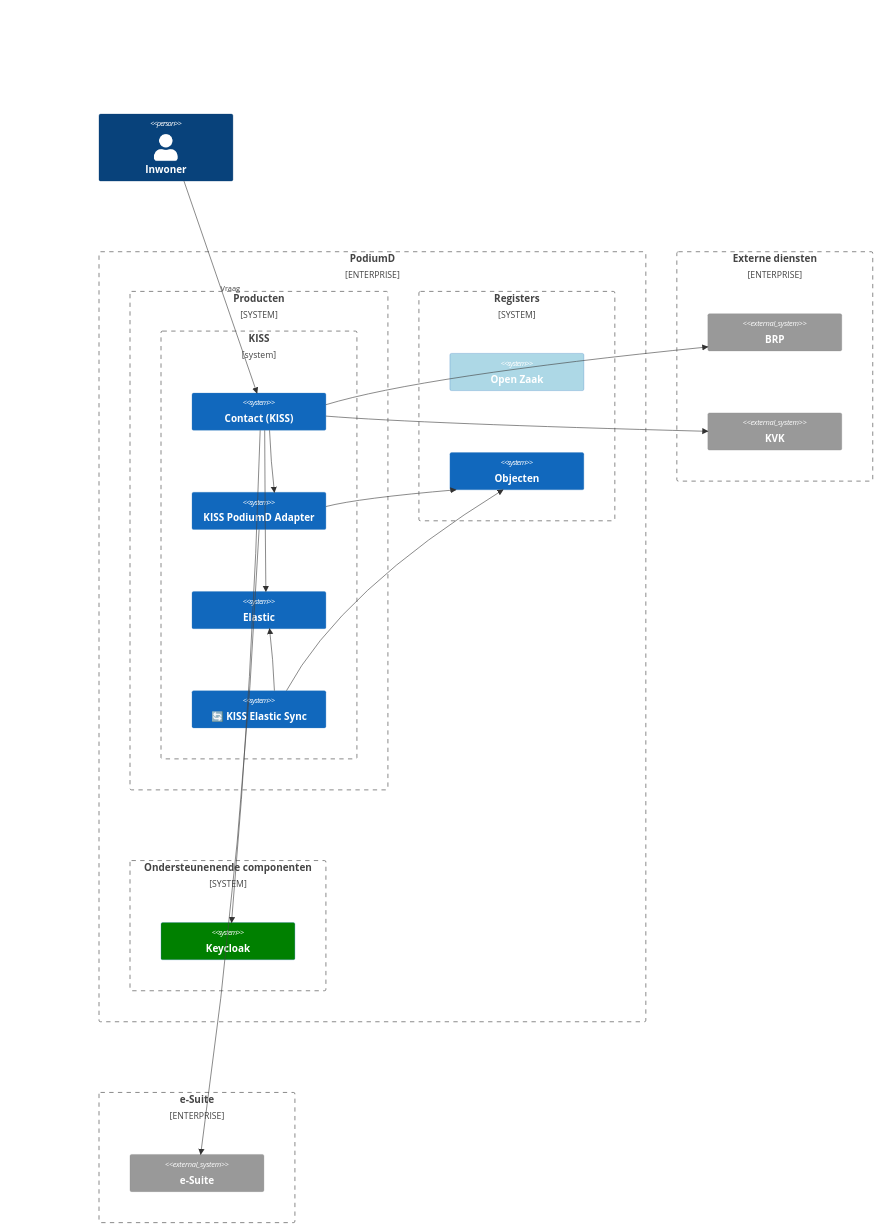
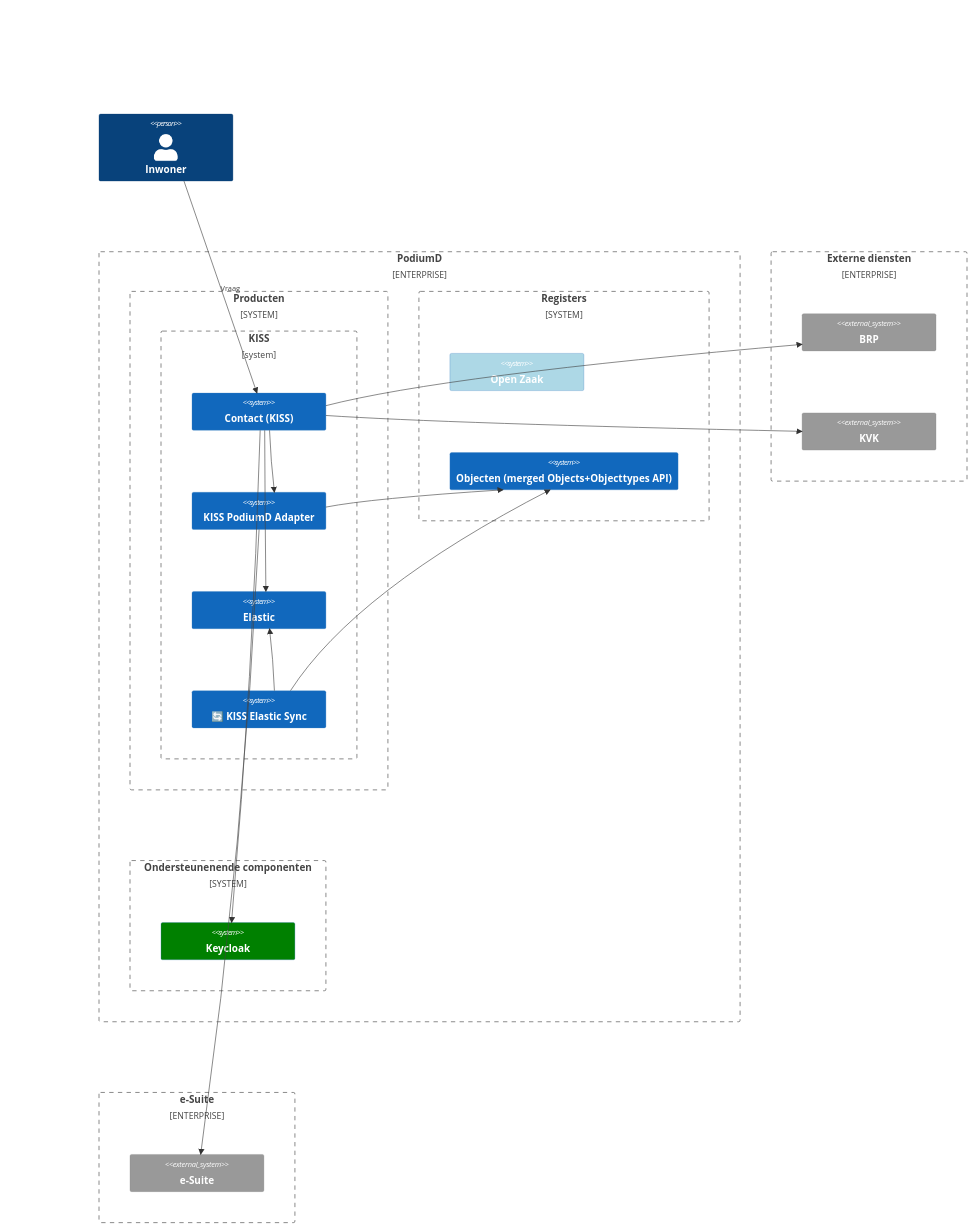
Before and after one commit to Dimpact-Samenwerking/helm-charts: the diagram in charts/podiumd/docs/architecture/contact.md, drawn with Mermaid. The commit also changed 257 other files, not shown here.

````diff
--- a/charts/podiumd/docs/architecture/contact.md
+++ b/charts/podiumd/docs/architecture/contact.md
@@ -5,54 +5,54 @@
 ```mermaid
 
 C4Context
 
     Person(Citizen, "Inwoner")
 
     Enterprise_Boundary(b0, "PodiumD") {
         System_Boundary(products, "Producten") {
             Boundary(kiss, "KISS") {
                 System(Contact,"Contact (KISS)")
                 System(kpa, "KISS PodiumD Adapter")
                 System(elastic, "Elastic")
                 System(esync, "🔄 KISS Elastic Sync")
             }
         }
 
         System_Boundary(registers, "Registers") {
             System(OpenZaak, "Open Zaak")
-            System(Objecten, "Objecten")
+            System(Objecten, "Objecten (merged Objects+Objecttypes API)")
         }
 
         System_Boundary(andersteunend, "Ondersteunenende componenten") {
             System(keycloak, "Keycloak")
         }
     }
 
     Enterprise_Boundary(ext, "Externe diensten") {
         System_Ext(BRP, "BRP")
         System_Ext(KVK, "KVK")
     }
 
     Enterprise_Boundary(b1, "e-Suite") {
         System_Ext(esuite, "e-Suite")
     }
 
     Rel(Citizen, Contact, "Vraag")
     Rel(Contact, kpa, "")
     Rel(Contact, elastic, "")
     Rel(Contact, keycloak, "")
     Rel(Contact, BRP, "")
     Rel(Contact, KVK, "")
 
     Rel(kpa, Objecten, "")
     Rel(kpa, esuite, "")
 
     Rel(esync, elastic, "")
     Rel(esync, Objecten, "")
 
     UpdateElementStyle(keycloak, $bgColor="green")
     UpdateElementStyle(OpenZaak, $bgColor="lightblue")
 
     UpdateLayoutConfig($c4ShapeInRow="4", $c4BoundaryInRow="2")
 
 ```
````
